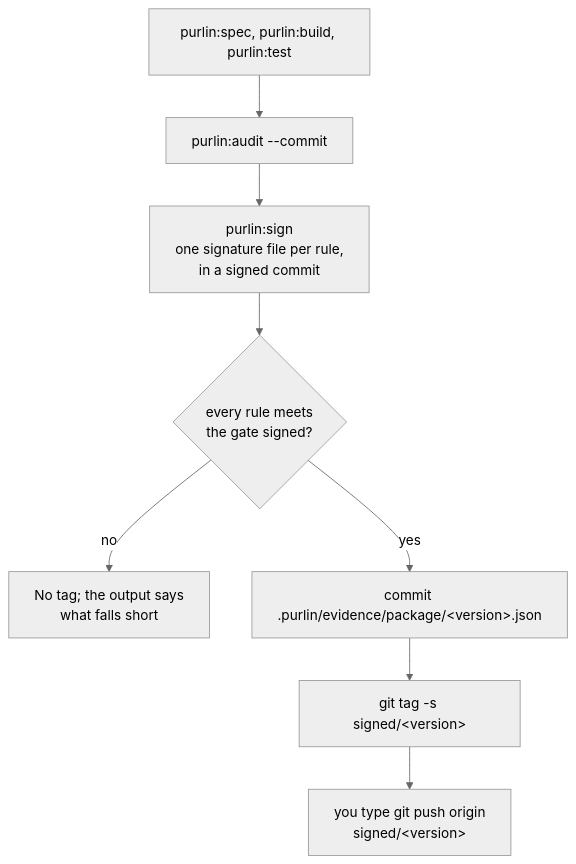
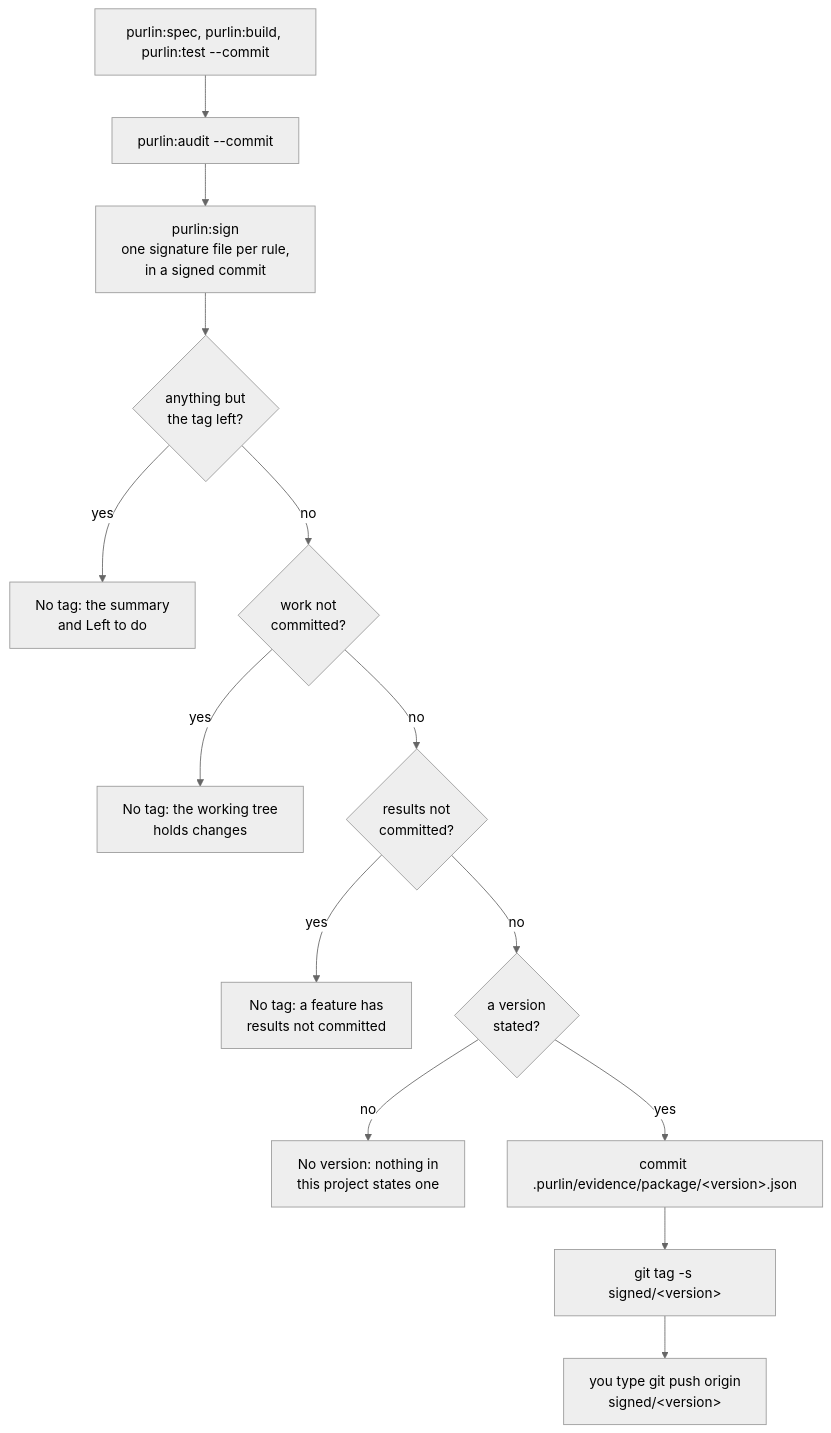
Before and after one commit to rlabarca/purlin: the diagram in docs/regulated-workflow.md, drawn with Mermaid (neutral theme). The commit also changed other lines of this file and 2 other files, not shown here.

First line of the commit message:
docs: the signing pages say what the code does now

````diff
--- a/docs/regulated-workflow.md
+++ b/docs/regulated-workflow.md
@@ -140,10 +158,16 @@
 ```mermaid
 flowchart TD
-    W["purlin:spec, purlin:build, purlin:test"] --> A["purlin:audit --commit"]
+    W["purlin:spec, purlin:build, purlin:test --commit"] --> A["purlin:audit --commit"]
     A --> S["purlin:sign<br>one signature file per rule,<br>in a signed commit"]
-    S --> G{"every rule meets<br>the gate signed?"}
-    G -->|no| N["No tag; the output says<br>what falls short"]
-    G -->|yes| P["commit .purlin/evidence/package/#lt;version#gt;.json"]
+    S --> G{"anything but<br>the tag left?"}
+    G -->|yes| L["No tag: the summary<br>and Left to do"]
+    G -->|no| C{"work not<br>committed?"}
+    C -->|yes| NC["No tag: the working tree<br>holds changes"]
+    C -->|no| R{"results not<br>committed?"}
+    R -->|yes| NR["No tag: a feature has<br>results not committed"]
+    R -->|no| V{"a version<br>stated?"}
+    V -->|no| NV["No version: nothing in<br>this project states one"]
+    V -->|yes| P["commit .purlin/evidence/package/#lt;version#gt;.json"]
     P --> T["git tag -s signed/#lt;version#gt;"]
     T --> U["you type git push origin<br>signed/#lt;version#gt;"]
 ```
````
